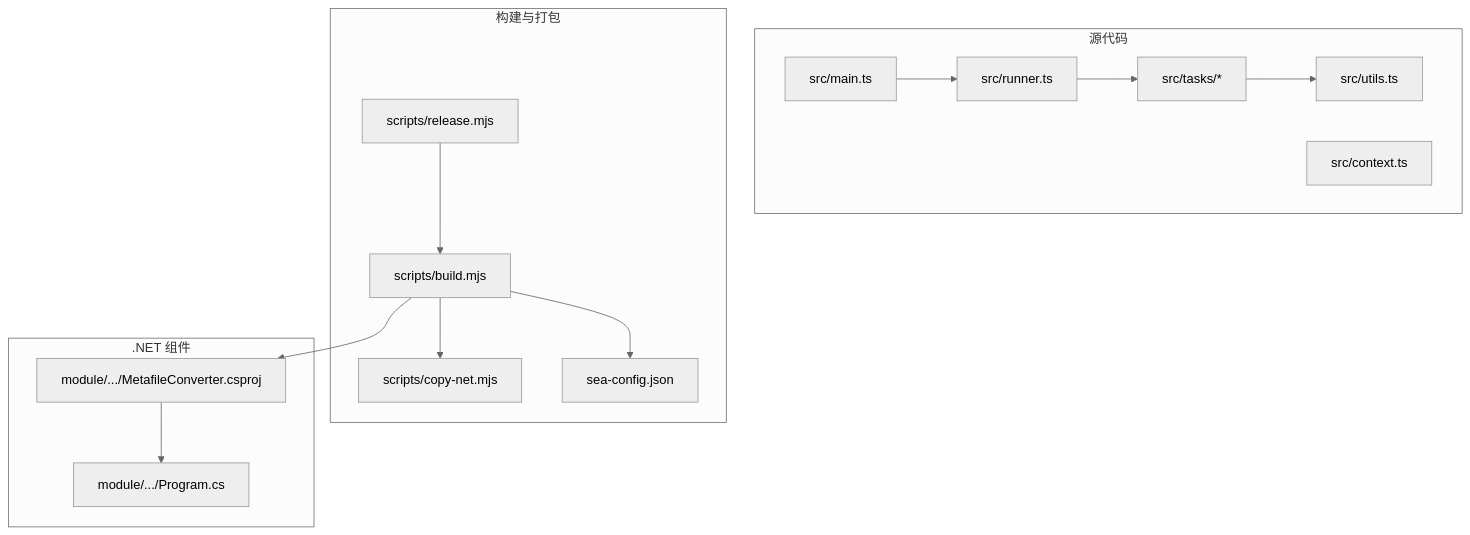
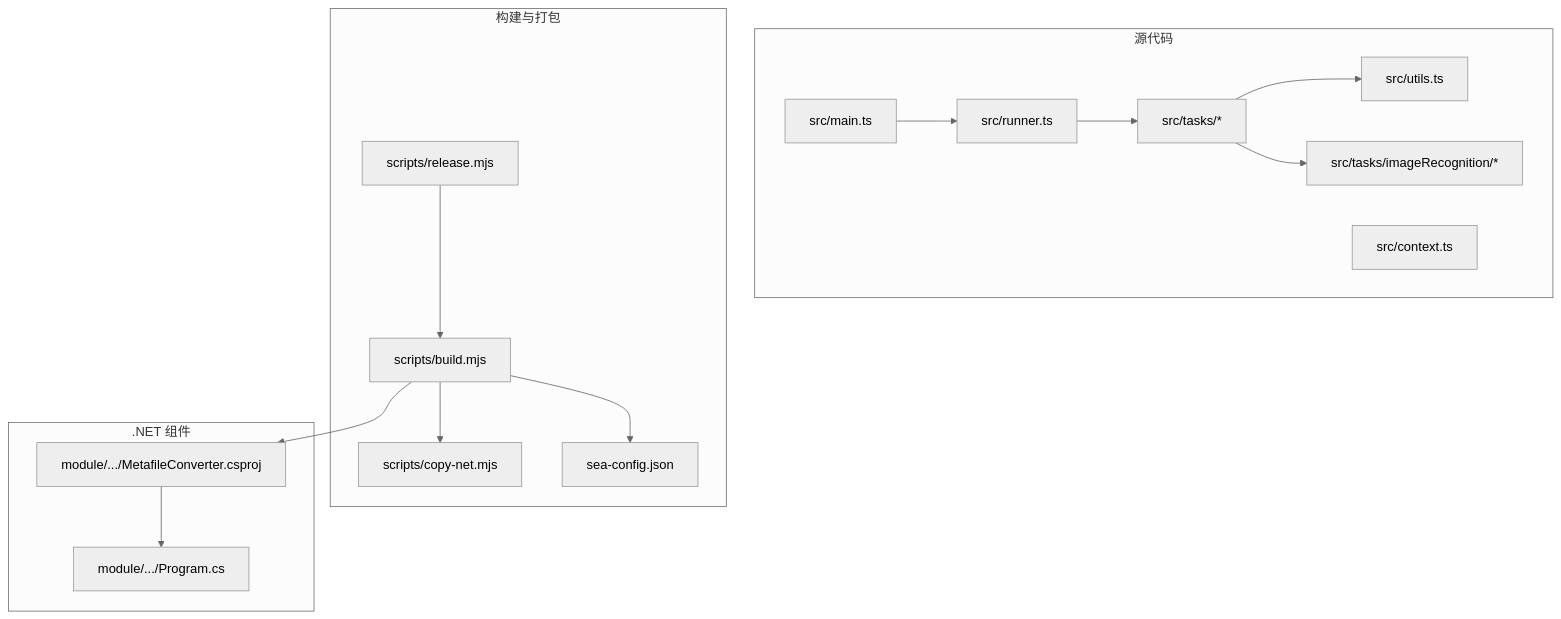
The first of 11 diagrams in .qoder/repowiki/zh/content/项目概述.md (hllshiro/doc2md-cli), drawn with Mermaid (neutral theme) before and after one commit. The commit also changed other lines of this file and 13 other files, not shown here.

````diff
--- a/.qoder/repowiki/zh/content/项目概述.md
+++ b/.qoder/repowiki/zh/content/项目概述.md
@@ -70,28 +92,30 @@
 ```mermaid
 graph TB
 subgraph "源代码"
 SRC_MAIN["src/main.ts"]
 SRC_CTX["src/context.ts"]
 SRC_RUNNER["src/runner.ts"]
 TASKS["src/tasks/*"]
 UTILS["src/utils.ts"]
+AI_TASKS["src/tasks/imageRecognition/*"]
 end
 subgraph "构建与打包"
 BUILD_MJS["scripts/build.mjs"]
 COPY_NET_MJS["scripts/copy-net.mjs"]
 RELEASE_MJS["scripts/release.mjs"]
 SEA_CFG["sea-config.json"]
 end
 subgraph ".NET 组件"
 CS_PROJ["module/.../MetafileConverter.csproj"]
 CS_PROGRAM["module/.../Program.cs"]
 end
 SRC_MAIN --> SRC_RUNNER
 SRC_RUNNER --> TASKS
 TASKS --> UTILS
+TASKS --> AI_TASKS
 BUILD_MJS --> SEA_CFG
 BUILD_MJS --> COPY_NET_MJS
 BUILD_MJS --> CS_PROJ
 CS_PROJ --> CS_PROGRAM
 RELEASE_MJS --> BUILD_MJS
 ```
````
